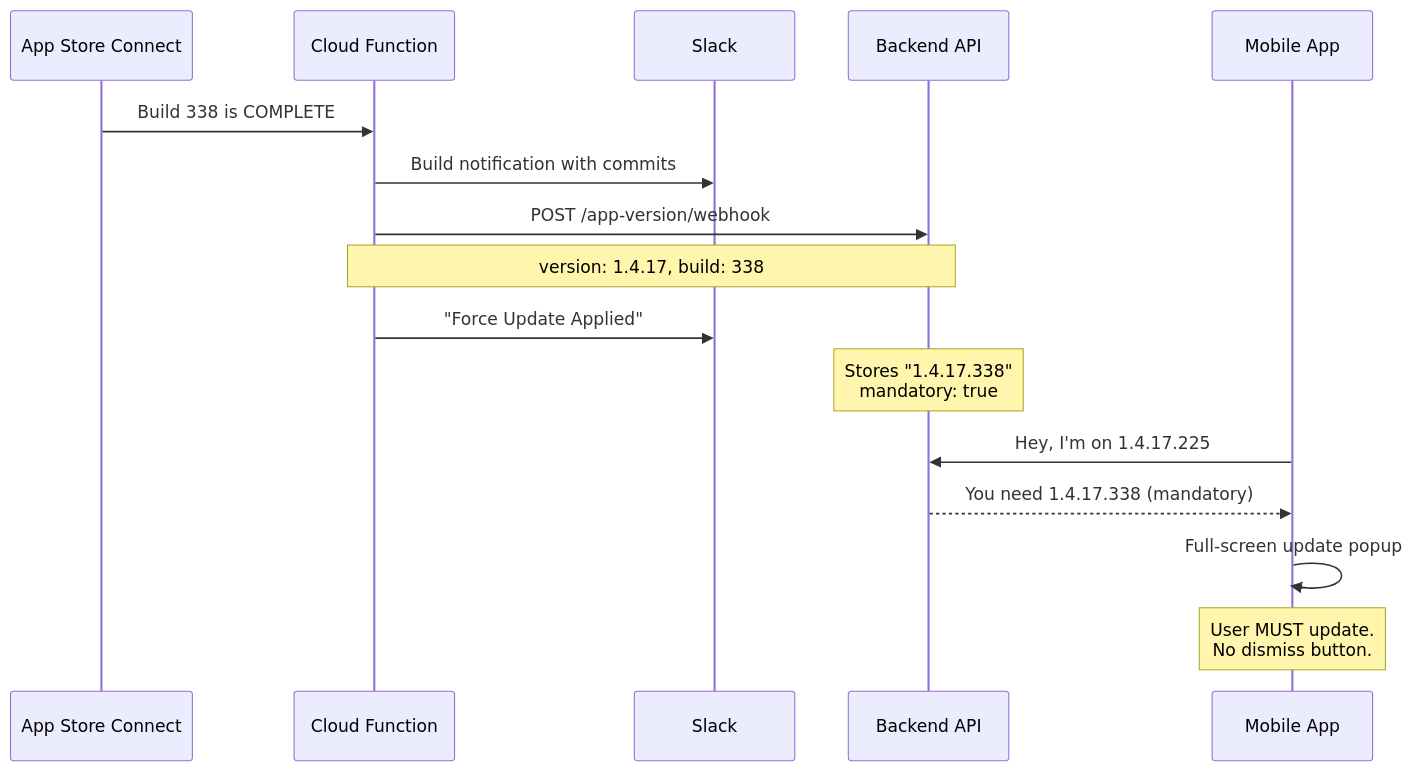
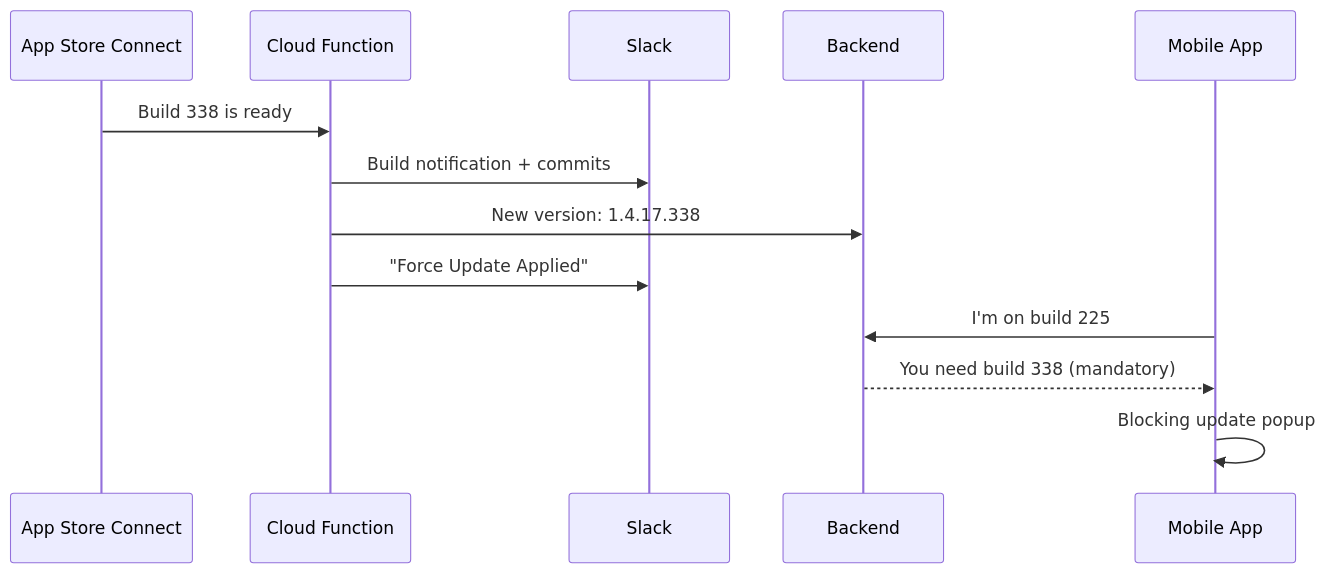
Before and after one commit to Ideaplaces/ciprianrarau.com: the first of 2 diagrams in src/data/post/appstore-webhooks-automated-release-notes.md, drawn with Mermaid. The commit also changed other lines of this file, not shown here.

First line of the commit message:
Rewrite blog post: remove all code, focus on thinking and system design

````diff
--- a/src/data/post/appstore-webhooks-automated-release-notes.md
+++ b/src/data/post/appstore-webhooks-automated-release-notes.md
@@ -612,21 +55,17 @@
 ```mermaid
 sequenceDiagram
     participant Apple as App Store Connect
     participant CF as Cloud Function
     participant Slack as Slack
-    participant API as Backend API
+    participant API as Backend
     participant App as Mobile App
 
-    Apple->>CF: Build 338 is COMPLETE
-    CF->>Slack: Build notification with commits
-    CF->>API: POST /app-version/webhook
-    Note over CF,API: version: 1.4.17, build: 338
+    Apple->>CF: Build 338 is ready
+    CF->>Slack: Build notification + commits
+    CF->>API: New version: 1.4.17.338
     CF->>Slack: "Force Update Applied"
 
-    Note over API: Stores "1.4.17.338"<br/>mandatory: true
-
-    App->>API: Hey, I'm on 1.4.17.225
-    API-->>App: You need 1.4.17.338 (mandatory)
-    App->>App: Full-screen update popup
-    Note over App: User MUST update.<br/>No dismiss button.
+    App->>API: I'm on build 225
+    API-->>App: You need build 338 (mandatory)
+    App->>App: Blocking update popup
 ```
````
